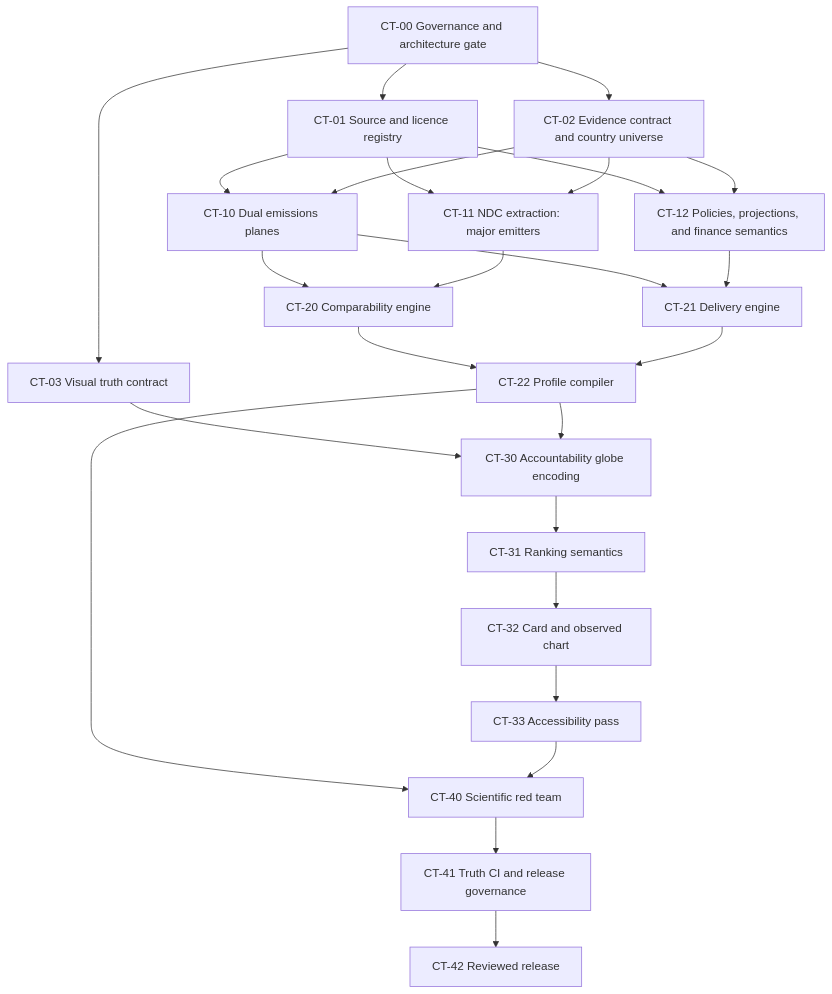
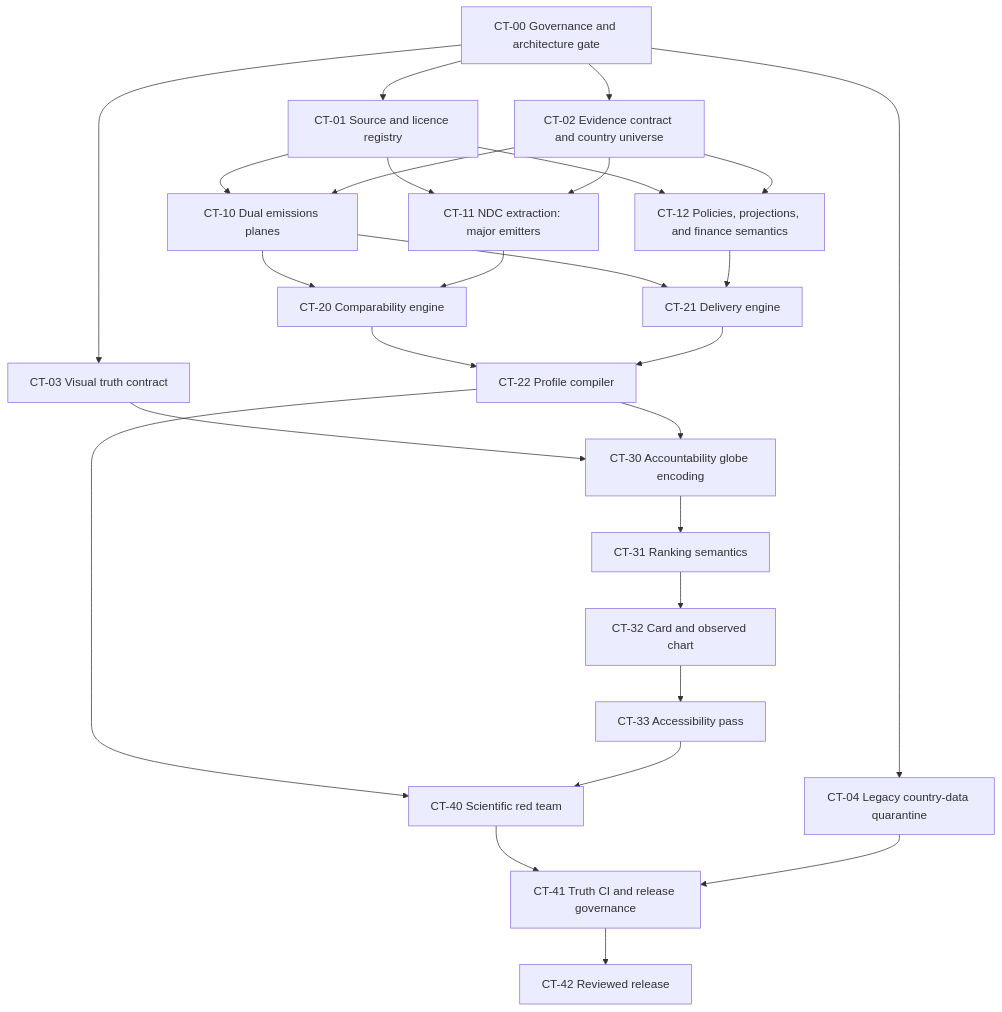
The second of 2 diagrams in docs/COUNTRY-CLIMATE-TRUTH-PLAN.md (earth-love-united/earthloveunited.org), drawn with Mermaid before and after one commit. The commit also changed other lines of this file and 1 other file, not shown here.

Commit message:
docs(climate): quarantine legacy country data

````diff
--- a/docs/COUNTRY-CLIMATE-TRUTH-PLAN.md
+++ b/docs/COUNTRY-CLIMATE-TRUTH-PLAN.md
@@ -222,36 +224,39 @@
 ```mermaid
 flowchart TD
     G0["CT-00 Governance and architecture gate"]
     S0["CT-01 Source and licence registry"]
     E0["CT-02 Evidence contract and country universe"]
     V0["CT-03 Visual truth contract"]
+    L0["CT-04 Legacy country-data quarantine"]
 
     G0 --> S0
     G0 --> E0
     G0 --> V0
+    G0 --> L0
 
     S0 --> EM["CT-10 Dual emissions planes"]
     E0 --> EM
     S0 --> ND["CT-11 NDC extraction: major emitters"]
     E0 --> ND
     S0 --> PP["CT-12 Policies, projections, and finance semantics"]
     E0 --> PP
 
     EM --> CE["CT-20 Comparability engine"]
     ND --> CE
     EM --> DE["CT-21 Delivery engine"]
     PP --> DE
     CE --> PC["CT-22 Profile compiler"]
     DE --> PC
 
     V0 --> UI1["CT-30 Accountability globe encoding"]
     PC --> UI1
     UI1 --> UI2["CT-31 Ranking semantics"]
     UI2 --> UI3["CT-32 Card and observed chart"]
     UI3 --> UI4["CT-33 Accessibility pass"]
 
     PC --> QA["CT-40 Scientific red team"]
     UI4 --> QA
     QA --> CI["CT-41 Truth CI and release governance"]
+    L0 --> CI
     CI --> RL["CT-42 Reviewed release"]
 ```
````
